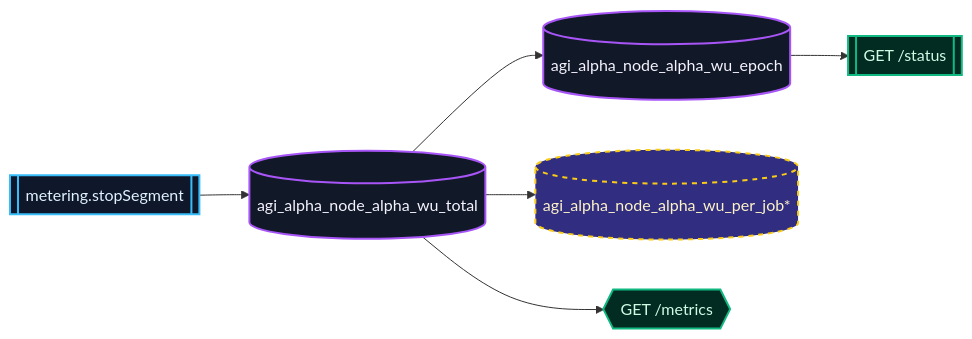
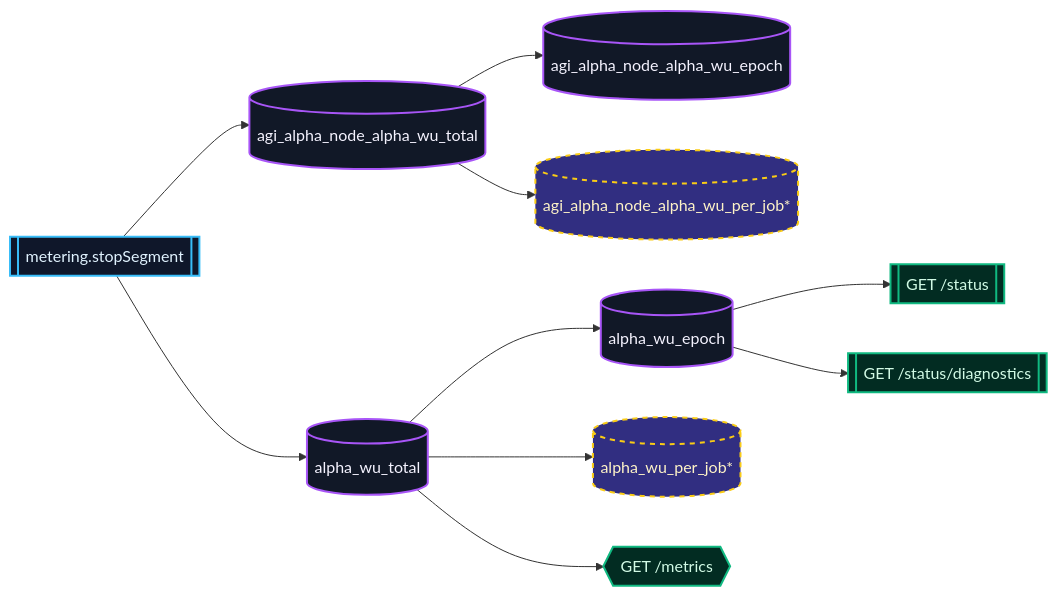
Before and after one commit to MontrealAI/AGI-Alpha-Node-v0: the fifth of 6 diagrams in README.md, drawn with Mermaid. The commit also changed other lines of this file and 4 other files, not shown here.

Commit message:
feat: extend alpha telemetry and diagnostics surfaces

````diff
--- a/README.md
+++ b/README.md
@@ -327,15 +327,20 @@
 ```mermaid
 flowchart LR
   classDef meter fill:#0f172a,stroke:#38bdf8,stroke-width:2px,color:#e0f2fe;
   classDef telemetry fill:#111827,stroke:#a855f7,stroke-width:2px,color:#f5f3ff;
   classDef api fill:#022c22,stroke:#10b981,stroke-width:2px,color:#d1fae5;
 
-  Metering[[metering.stopSegment]]:::meter --> MetricsCounter[(agi_alpha_node_alpha_wu_total)]:::telemetry
-  MetricsCounter --> EpochGauge[(agi_alpha_node_alpha_wu_epoch)]:::telemetry
-  MetricsCounter --> JobGauge[(agi_alpha_node_alpha_wu_per_job*)]:::telemetry
-  EpochGauge --> StatusAPI[[GET /status]]:::api
-  MetricsCounter --> Prometheus{{GET /metrics}}:::api
+  Metering[[metering.stopSegment]]:::meter --> LegacyCounter[(agi_alpha_node_alpha_wu_total)]:::telemetry
+  Metering --> CanonicalCounter[(alpha_wu_total)]:::telemetry
+  LegacyCounter --> LegacyEpoch[(agi_alpha_node_alpha_wu_epoch)]:::telemetry
+  CanonicalCounter --> CanonicalEpoch[(alpha_wu_epoch)]:::telemetry
+  LegacyCounter --> LegacyJob[(agi_alpha_node_alpha_wu_per_job*)]:::telemetry
+  CanonicalCounter --> CanonicalJob[(alpha_wu_per_job*)]:::telemetry
+  CanonicalEpoch --> StatusAPI[[GET /status]]:::api
+  CanonicalEpoch --> DiagnosticsAPI[[GET /status/diagnostics]]:::api
+  CanonicalCounter --> Prometheus{{GET /metrics}}:::api
 
-  class JobGauge optional;
+  class CanonicalJob optional;
+  class LegacyJob optional;
   classDef optional fill:#312e81,stroke:#facc15,stroke-width:2px,color:#fef3c7,stroke-dasharray: 5 5;
 ```
````
